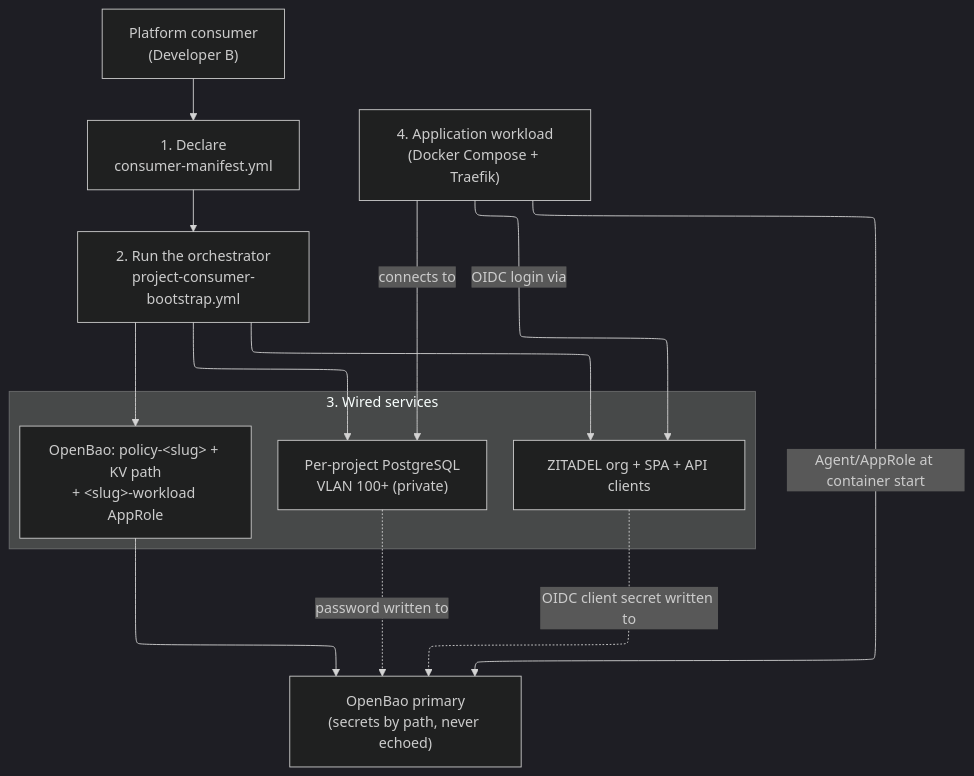
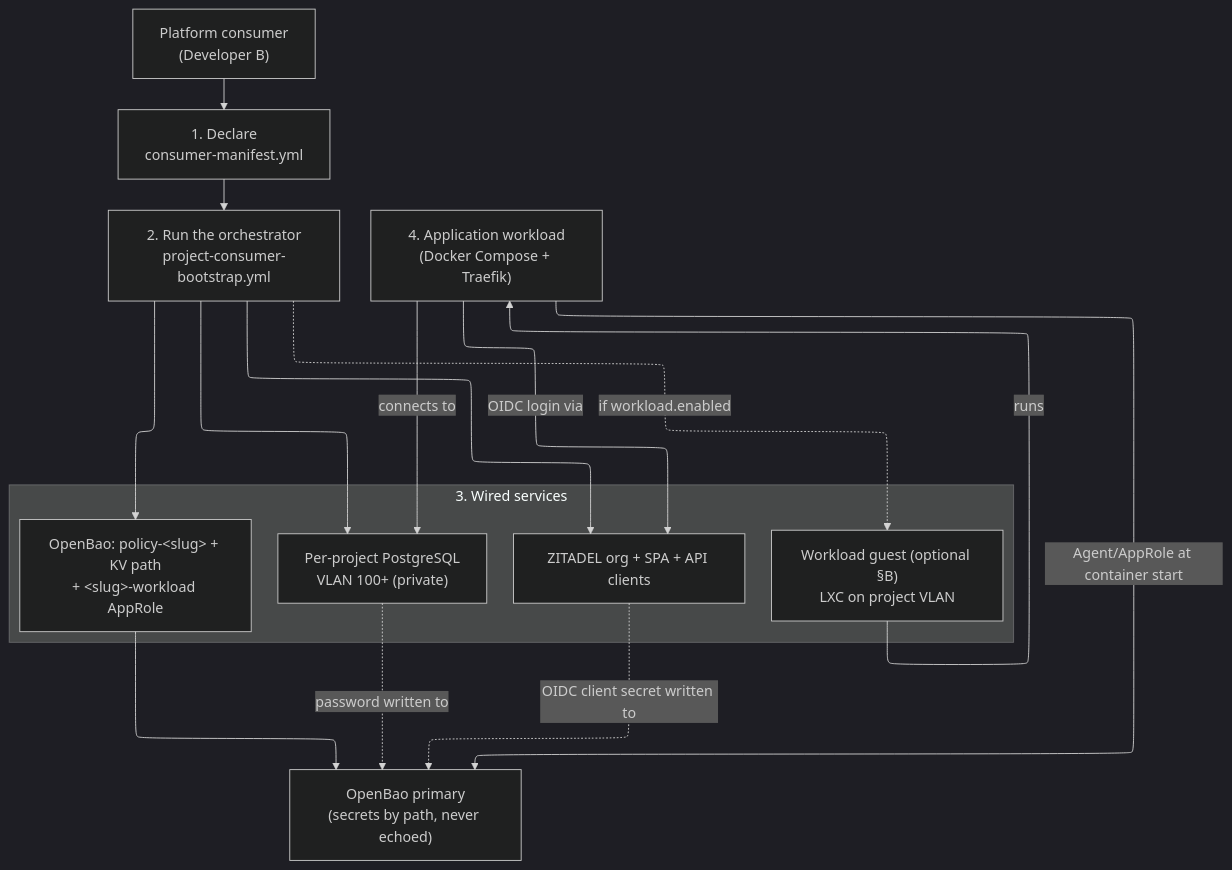
One commit to xenopz-sd/thepudding changed the first of 2 diagrams in docs/CONSUMER-JOURNEY.md. Above: the diagram before and after it, drawn with Mermaid (dark theme). The commit also changed other lines of this file and 51 other files, not shown here.

````diff
--- a/docs/CONSUMER-JOURNEY.md
+++ b/docs/CONSUMER-JOURNEY.md
@@ -30,30 +30,33 @@
 ```mermaid
 ---
 config:
   layout: elk
 ---
 graph TD
     Dev["Platform consumer<br/>(Developer B)"]
     Manifest["1. Declare<br/>consumer-manifest.yml"]
     Orc["2. Run the orchestrator<br/>project-consumer-bootstrap.yml"]
 
     subgraph Wired["3. Wired services"]
         DB["Per-project PostgreSQL<br/>VLAN 100+ (private)"]
         SSO["ZITADEL org + SPA + API clients"]
         Secrets["OpenBao: policy-&lt;slug&gt; + KV path<br/>+ &lt;slug&gt;-workload AppRole"]
+        WG["Workload guest (optional §B)<br/>LXC on project VLAN"]
     end
 
     App["4. Application workload<br/>(Docker Compose + Traefik)"]
     OpenBao["OpenBao primary<br/>(secrets by path, never echoed)"]
 
     Dev --> Manifest --> Orc
     Orc --> DB
     Orc --> SSO
     Orc --> Secrets
+    Orc -. "if workload.enabled" .-> WG
     DB -. "password written to" .-> OpenBao
     SSO -. "OIDC client secret written to" .-> OpenBao
     Secrets --> OpenBao
+    WG -->|"runs"| App
     App -->|"Agent/AppRole at container start"| OpenBao
     App -->|"connects to"| DB
     App -->|"OIDC login via"| SSO
 ```
````
